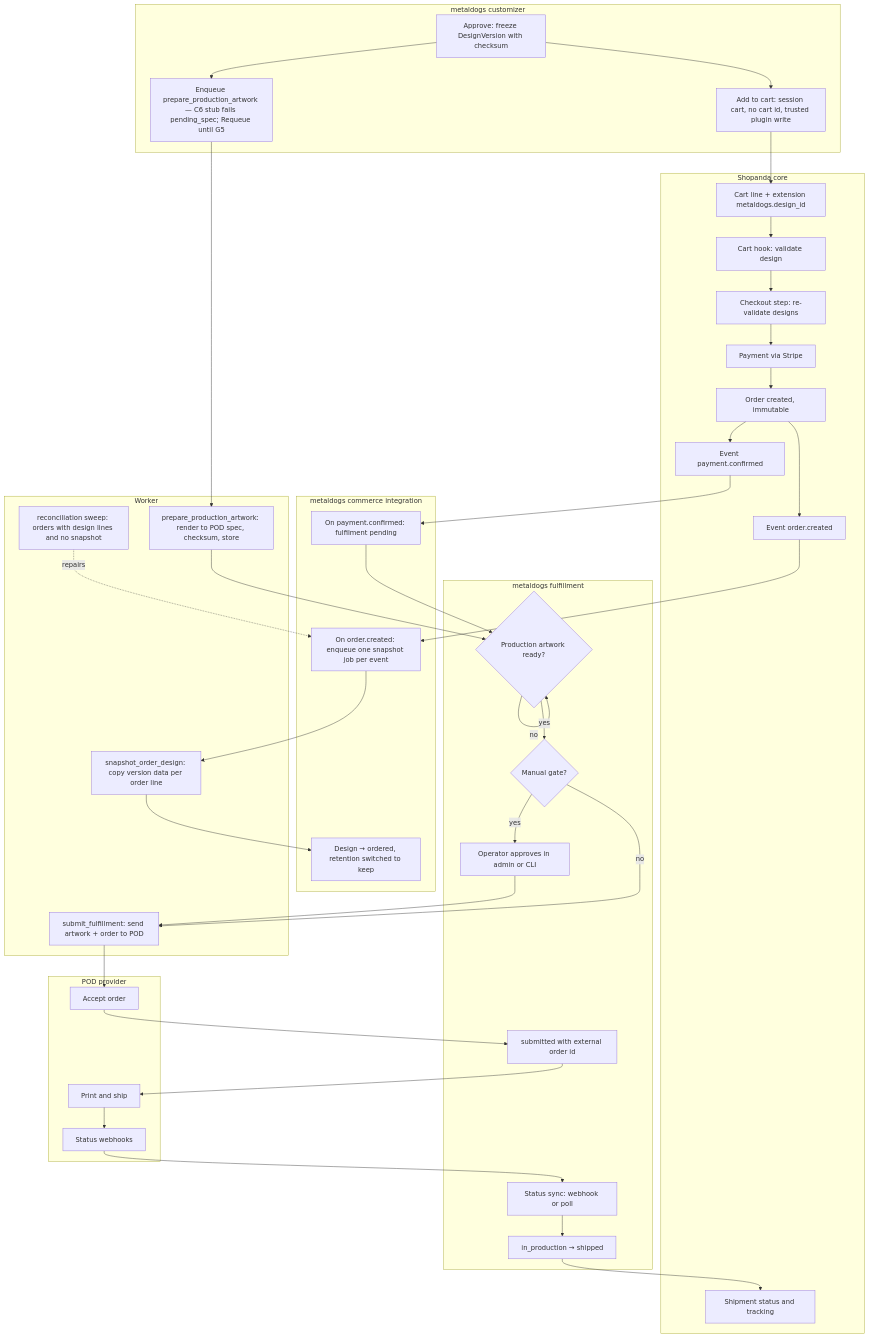
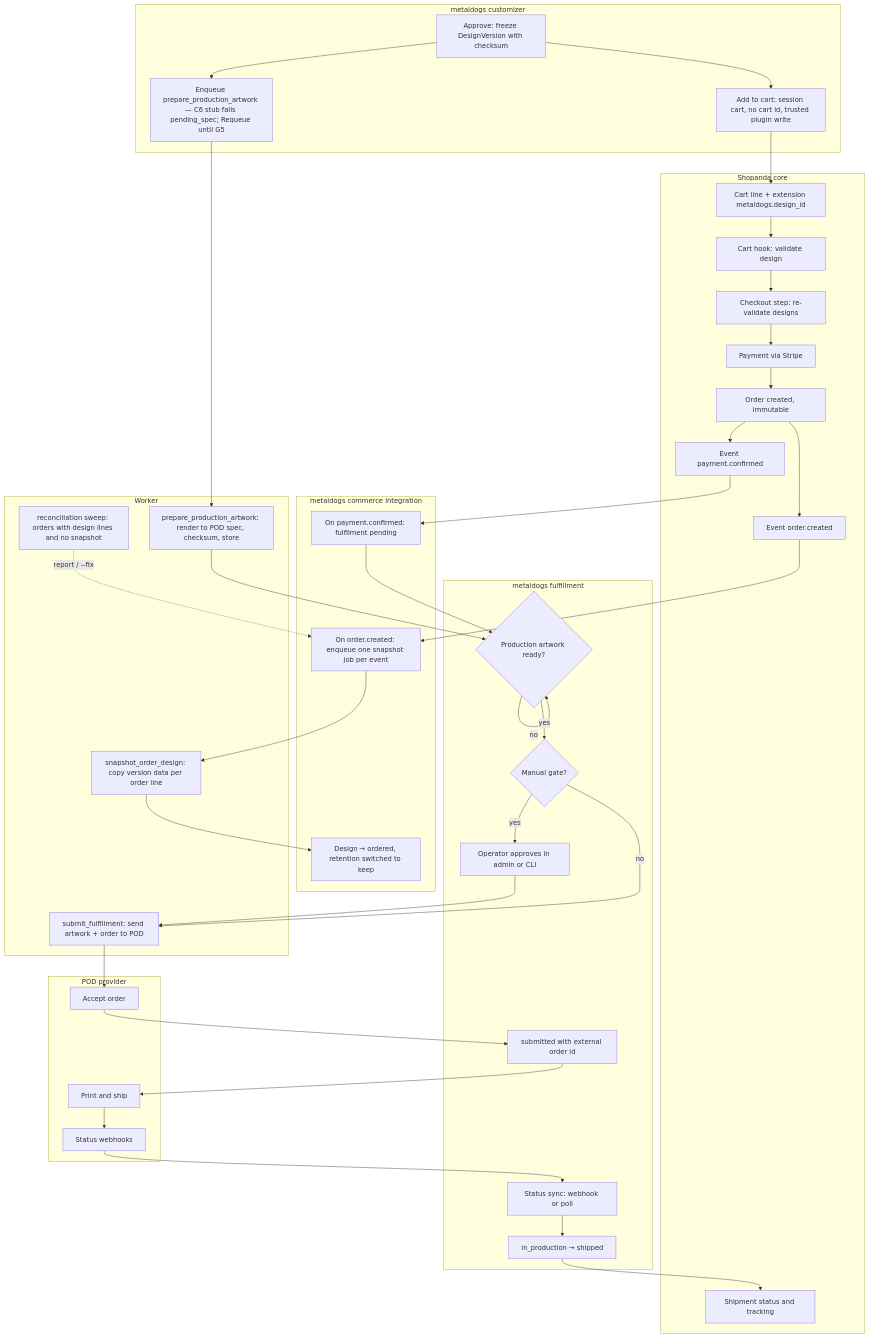
Before and after one commit to akarso/metal_dogs: the first of 2 diagrams in docs/architecture/flows/checkout-snapshot-and-fulfillment.md, drawn with Mermaid. The commit also changed other lines of this file and 16 other files, not shown here.

````diff
--- a/docs/architecture/flows/checkout-snapshot-and-fulfillment.md
+++ b/docs/architecture/flows/checkout-snapshot-and-fulfillment.md
@@ -7,58 +7,58 @@
 ```mermaid
 flowchart TB
     subgraph customizer[metaldogs customizer]
         a1[Approve: freeze DesignVersion with checksum]
         a2[Enqueue prepare_production_artwork — C6 stub fails pending_spec; Requeue until G5]
         a3[Add to cart: session cart, no cart id, trusted plugin write]
     end
 
     subgraph worker[Worker]
         w1[prepare_production_artwork: render to POD spec, checksum, store]
         w2[snapshot_order_design: copy version data per order line]
         w3[submit_fulfillment: send artwork + order to POD]
         w4[reconciliation sweep: orders with design lines and no snapshot]
     end
 
     subgraph shopanda[Shopanda core]
         s1[Cart line + extension metaldogs.design_id]
         s2[Cart hook: validate design]
         s3[Checkout step: re-validate designs]
         s4[Payment via Stripe]
         s5[Order created, immutable]
         s6[Event order.created]
         s7[Event payment.confirmed]
         s8[Shipment status and tracking]
     end
 
     subgraph commerce[metaldogs commerce integration]
         e1[On order.created: enqueue one snapshot job per event]
         e2[Design → ordered, retention switched to keep]
         e3[On payment.confirmed: fulfilment pending]
     end
 
     subgraph fulfillment[metaldogs fulfillment]
         f1{Production artwork ready?}
         f2{Manual gate?}
         f3[Operator approves in admin or CLI]
         f4[submitted with external order id]
         f5[Status sync: webhook or poll]
         f6[in_production → shipped]
     end
 
     subgraph pod[POD provider]
         p1[Accept order]
         p2[Print and ship]
         p3[Status webhooks]
     end
 
     a1 --> a2 --> w1
     a1 --> a3 --> s1 --> s2 --> s3 --> s4 --> s5 --> s6 --> e1 --> w2 --> e2
     s5 --> s7 --> e3 --> f1
     w1 --> f1
     f1 -- no --> f1
     f1 -- yes --> f2
     f2 -- yes --> f3 --> w3
     f2 -- no --> w3
     w3 --> p1 --> f4 --> p2 --> p3 --> f5 --> f6 --> s8
-    w4 -. repairs .-> e1
+    w4 -. report / --fix .-> e1
 ```
````
